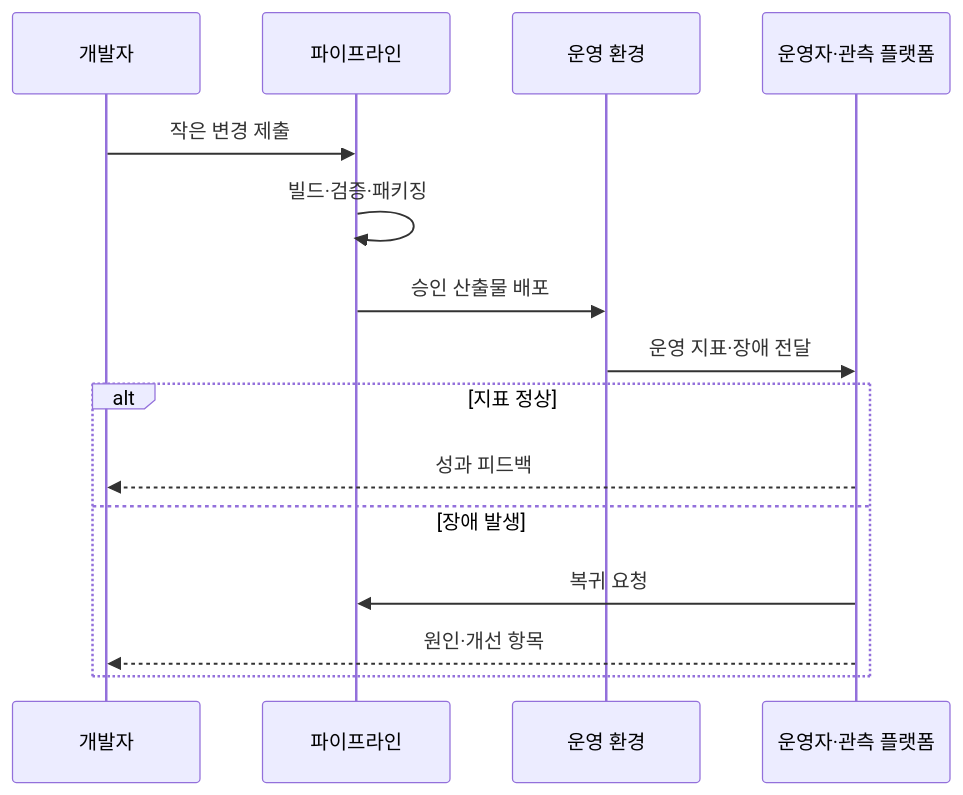
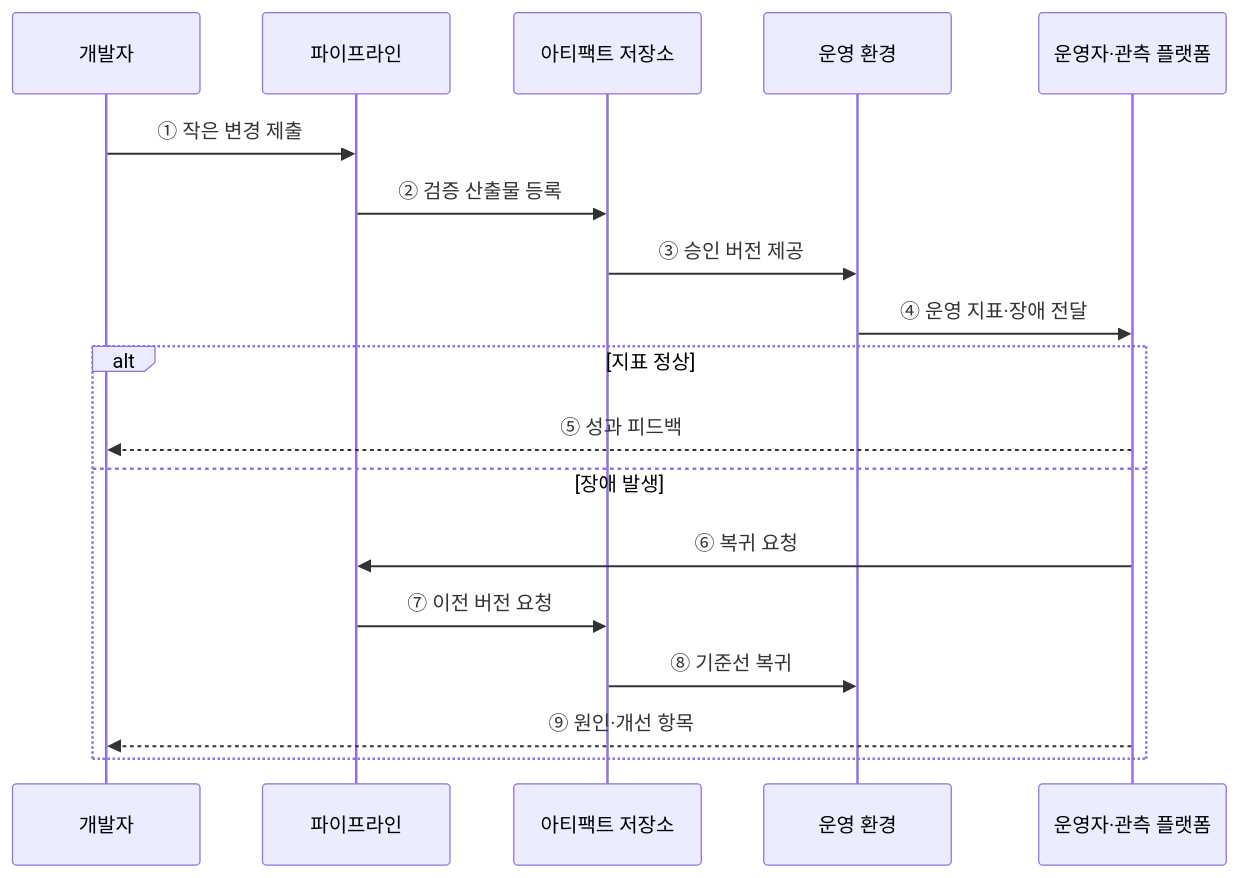
One commit to agnusdei1207/knowledge-base changed the second of 2 diagrams in src/content/docs/notes/03-software/056_devops_pipeline.md. Above: the diagram before and after it, drawn with Mermaid. The commit also changed other lines of this file and 20 other files, not shown here.

````diff
--- a/src/content/docs/notes/03-software/056_devops_pipeline.md
+++ b/src/content/docs/notes/03-software/056_devops_pipeline.md
@@ -81,17 +71,20 @@
 ```mermaid
 sequenceDiagram
     participant D as 개발자
     participant P as 파이프라인
+    participant A as 아티팩트 저장소
     participant E as 운영 환경
     participant O as 운영자·관측 플랫폼
-    D->>P: 작은 변경 제출
-    P->>P: 빌드·검증·패키징
-    P->>E: 승인 산출물 배포
-    E->>O: 운영 지표·장애 전달
+    D->>P: ① 작은 변경 제출
+    P->>A: ② 검증 산출물 등록
+    A->>E: ③ 승인 버전 제공
+    E->>O: ④ 운영 지표·장애 전달
     alt 지표 정상
-        O-->>D: 성과 피드백
+        O-->>D: ⑤ 성과 피드백
     else 장애 발생
-        O->>P: 복귀 요청
-        O-->>D: 원인·개선 항목
+        O->>P: ⑥ 복귀 요청
+        P->>A: ⑦ 이전 버전 요청
+        A->>E: ⑧ 기준선 복귀
+        O-->>D: ⑨ 원인·개선 항목
     end
 ```
````
